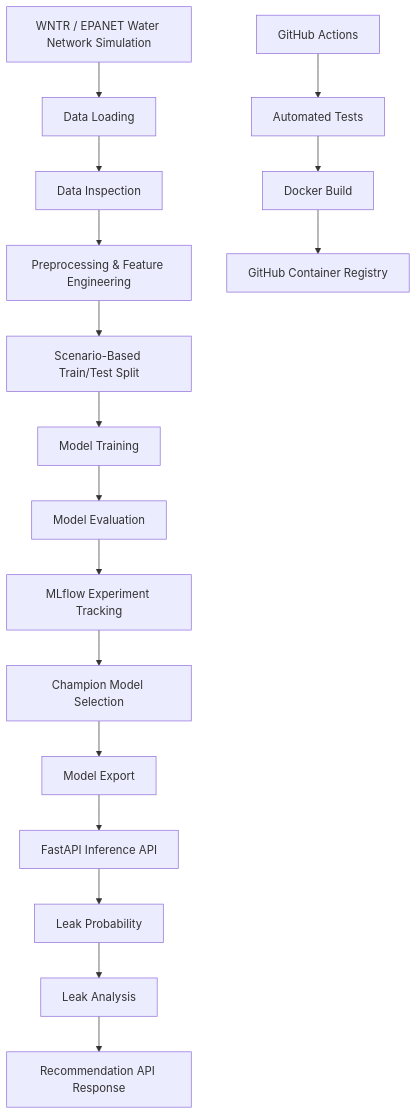
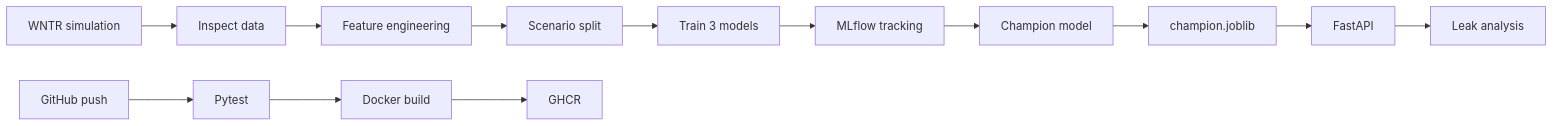
One commit to Shikhar0305/AquaSentinel changed the first of 2 diagrams in README.md. Above: the diagram before and after it, drawn with Mermaid. The commit also changed other lines of this file, not shown here.

````diff
--- a/README.md
+++ b/README.md
@@ -47,19 +22,15 @@
 ```mermaid
-flowchart TD
-    A[WNTR / EPANET Water Network Simulation] --> B[Data Loading]
-    B --> C[Data Inspection]
-    C --> D[Preprocessing & Feature Engineering]
-    D --> E[Scenario-Based Train/Test Split]
-    E --> F[Model Training]
-    F --> G[Model Evaluation]
-    G --> H[MLflow Experiment Tracking]
-    H --> I[Champion Model Selection]
-    I --> J[Model Export]
-    J --> K[FastAPI Inference API]
-    K --> L[Leak Probability]
-    L --> M[Leak Analysis]
-    M --> N[Recommendation API Response]
-    O[GitHub Actions] --> P[Automated Tests]
-    P --> Q[Docker Build]
-    Q --> R[GitHub Container Registry]
+flowchart LR
+    A[WNTR simulation] --> B[Inspect data]
+    B --> C[Feature engineering]
+    C --> D[Scenario split]
+    D --> E[Train 3 models]
+    E --> F[MLflow tracking]
+    F --> G[Champion model]
+    G --> H[champion.joblib]
+    H --> I[FastAPI]
+    I --> J[Leak analysis]
+    K[GitHub push] --> L[Pytest]
+    L --> M[Docker build]
+    M --> N[GHCR]
 ```
````
